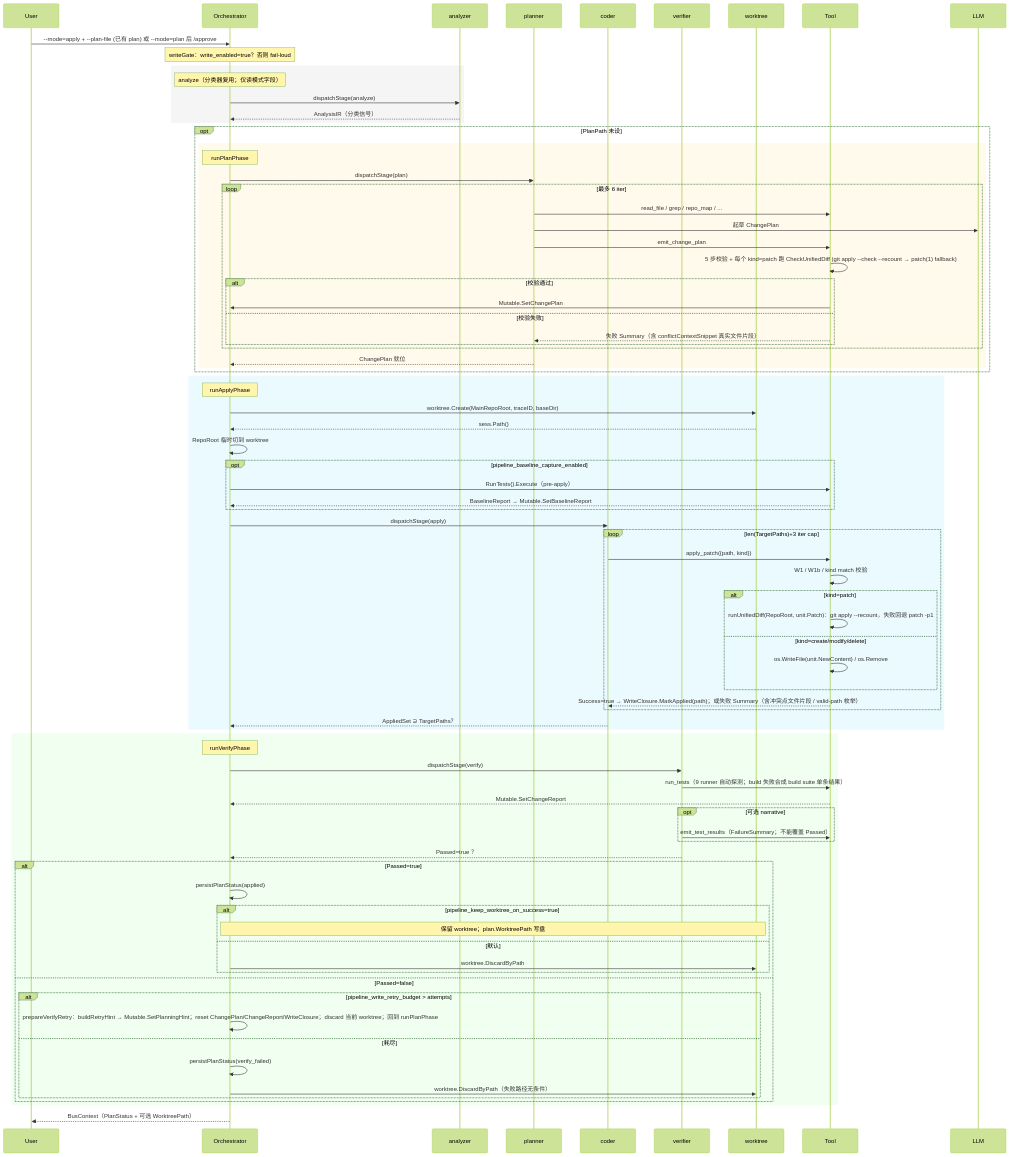
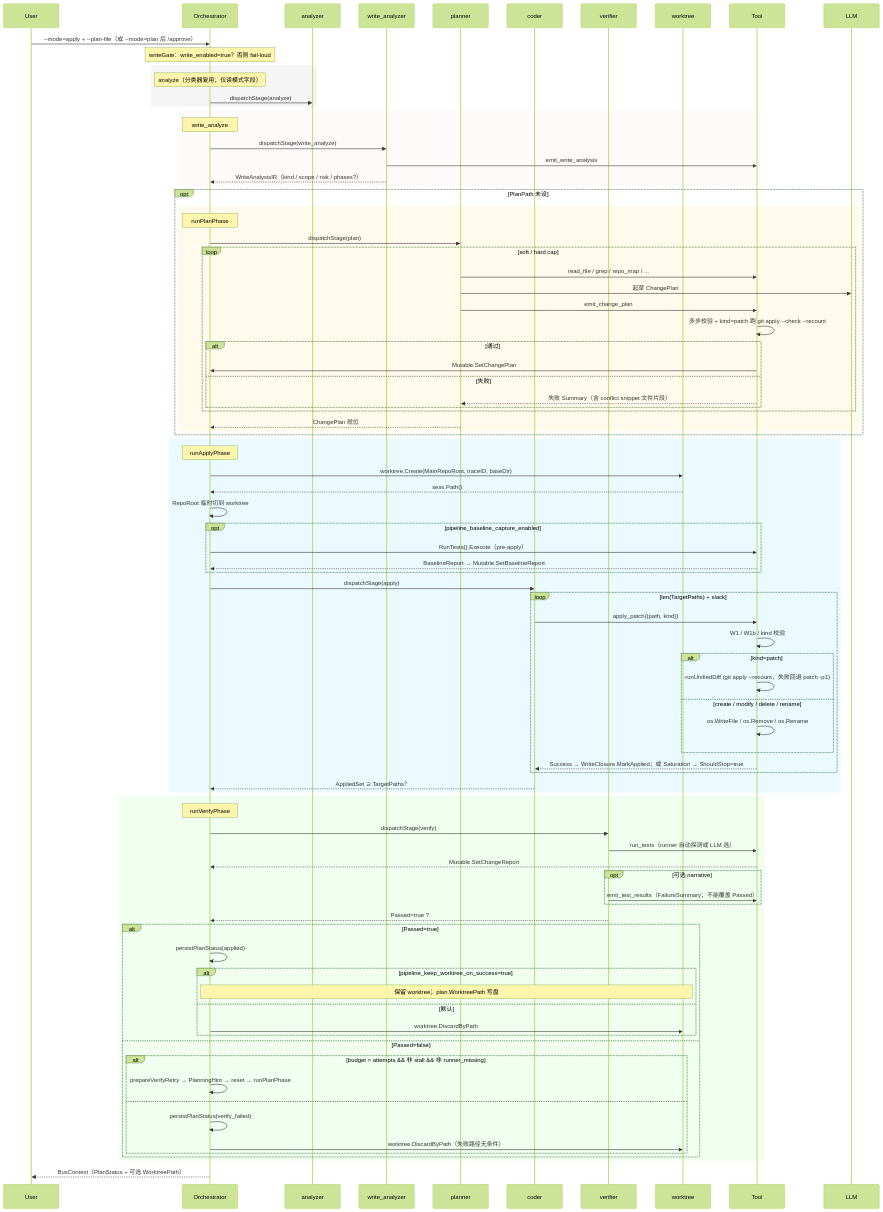
One commit to hanchaoqun/codrax changed the third of 3 diagrams in docs/architecture.md. Above: the diagram before and after it, drawn with Mermaid (forest theme). The commit also changed other lines of this file, not shown here.

First line of the commit message:
docs(architecture): full refresh — code-grounded deep dive

```diff
--- a/docs/architecture.md
+++ b/docs/architecture.md
@@ -1580,6 +1892,7 @@
     participant User
     participant Orch as Orchestrator
     participant A as analyzer
+    participant WA as write_analyzer
     participant P as planner
     participant C as coder
     participant V as verifier
@@ -1587,28 +1900,34 @@
     participant Tool
     participant LLM
 
-    User->>Orch: --mode=apply + --plan-file (已有 plan) 或 --mode=plan 后 /approve
+    User->>Orch: --mode=apply + --plan-file（或 --mode=plan 后 /approve）
     Note over Orch: writeGate：write_enabled=true？否则 fail-loud
 
     rect rgb(245,245,245)
     Note over Orch: analyze（分类器复用；仅读模式字段）
     Orch->>A: dispatchStage(analyze)
-    A-->>Orch: AnalysisIR（分类信号）
+    end
+
+    rect rgb(255,250,250)
+    Note over Orch: write_analyze
+    Orch->>WA: dispatchStage(write_analyze)
+    WA->>Tool: emit_write_analysis
+    WA-->>Orch: WriteAnalysisIR（kind / scope / risk / phases?）
     end
 
     opt PlanPath 未设
     rect rgb(255,250,235)
     Note over Orch: runPlanPhase
     Orch->>P: dispatchStage(plan)
-    loop 最多 6 iter
+    loop soft / hard cap
         P->>Tool: read_file / grep / repo_map / ...
         P->>LLM: 起草 ChangePlan
         P->>Tool: emit_change_plan
-        Tool->>Tool: 5 步校验 + 每个 kind=patch 跑 CheckUnifiedDiff (git apply --check --recount → patch(1) fallback)
-        alt 校验通过
+        Tool->>Tool: 多步校验 + kind=patch 跑 git apply --check --recount
+        alt 通过
             Tool->>Orch: Mutable.SetChangePlan
-        else 校验失败
-            Tool-->>P: 失败 Summary（含 conflictContextSnippet 真实文件片段）
+        else 失败
+            Tool-->>P: 失败 Summary（含 conflict snippet 文件片段）
         end
     end
     P-->>Orch: ChangePlan 就位
@@ -1625,15 +1944,15 @@
         Tool-->>Orch: BaselineReport → Mutable.SetBaselineReport
     end
     Orch->>C: dispatchStage(apply)
-    loop len(TargetPaths)+3 iter cap
+    loop len(TargetPaths) + slack
         C->>Tool: apply_patch({path, kind})
-        Tool->>Tool: W1 / W1b / kind match 校验
+        Tool->>Tool: W1 / W1b / kind 校验
         alt kind=patch
-            Tool->>Tool: runUnifiedDiff(RepoRoot, unit.Patch)：git apply --recount，失败回退 patch -p1
-        else kind=create/modify/delete
-            Tool->>Tool: os.WriteFile(unit.NewContent) / os.Remove
+            Tool->>Tool: runUnifiedDiff (git apply --recount，失败回退 patch -p1)
+        else create / modify / delete / rename
+            Tool->>Tool: os.WriteFile / os.Remove / os.Rename
         end
-        Tool-->>C: Success=true → WriteClosure.MarkApplied(path)；或失败 Summary（含冲突点文件片段 / valid-path 枚举）
+        Tool-->>C: Success → WriteClosure.MarkApplied；或 Saturation → ShouldStop=true
     end
     C-->>Orch: AppliedSet ⊇ TargetPaths？
     end
@@ -1641,12 +1960,12 @@
     rect rgb(240,255,240)
     Note over Orch: runVerifyPhase
     Orch->>V: dispatchStage(verify)
-    V->>Tool: run_tests（9 runner 自动探测；build 失败合成 build suite 单条结果）
+    V->>Tool: run_tests（runner 自动探测或 LLM 选）
     Tool-->>Orch: Mutable.SetChangeReport
     opt 可选 narrative
         V->>Tool: emit_test_results（FailureSummary；不能覆盖 Passed）
     end
-    V-->>Orch: Passed=true ？
+    V-->>Orch: Passed=true ?
     alt Passed=true
         Orch->>Orch: persistPlanStatus(applied)
         alt pipeline_keep_worktree_on_success=true
@@ -1655,9 +1974,9 @@
             Orch->>WT: worktree.DiscardByPath
         end
     else Passed=false
-        alt pipeline_write_retry_budget > attempts
-            Orch->>Orch: prepareVerifyRetry：buildRetryHint → Mutable.SetPlanningHint；reset ChangePlan/ChangeReport/WriteClosure；discard 当前 worktree；回到 runPlanPhase
-        else 耗尽
+        alt budget > attempts && 非 stall && 非 runner_missing
+            Orch->>Orch: prepareVerifyRetry → PlanningHint → reset → runPlanPhase
+        else
             Orch->>Orch: persistPlanStatus(verify_failed)
             Orch->>WT: worktree.DiscardByPath（失败路径无条件）
         end
```
